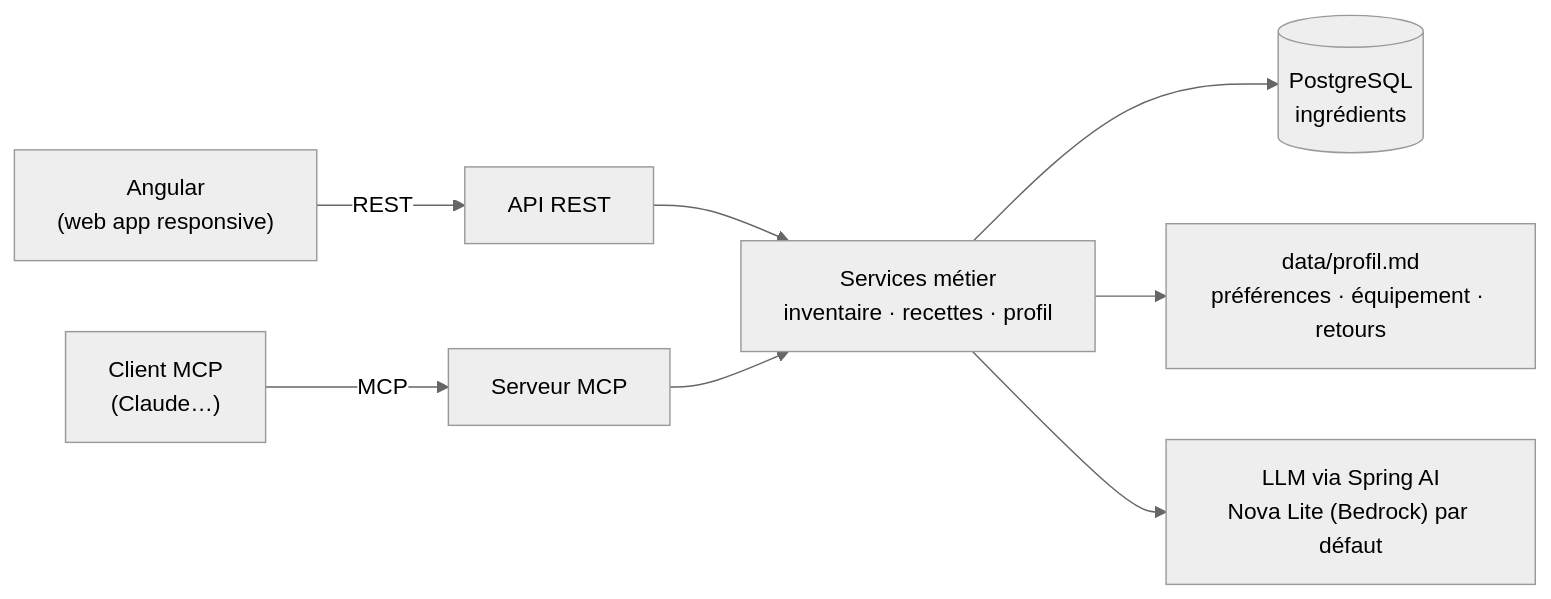
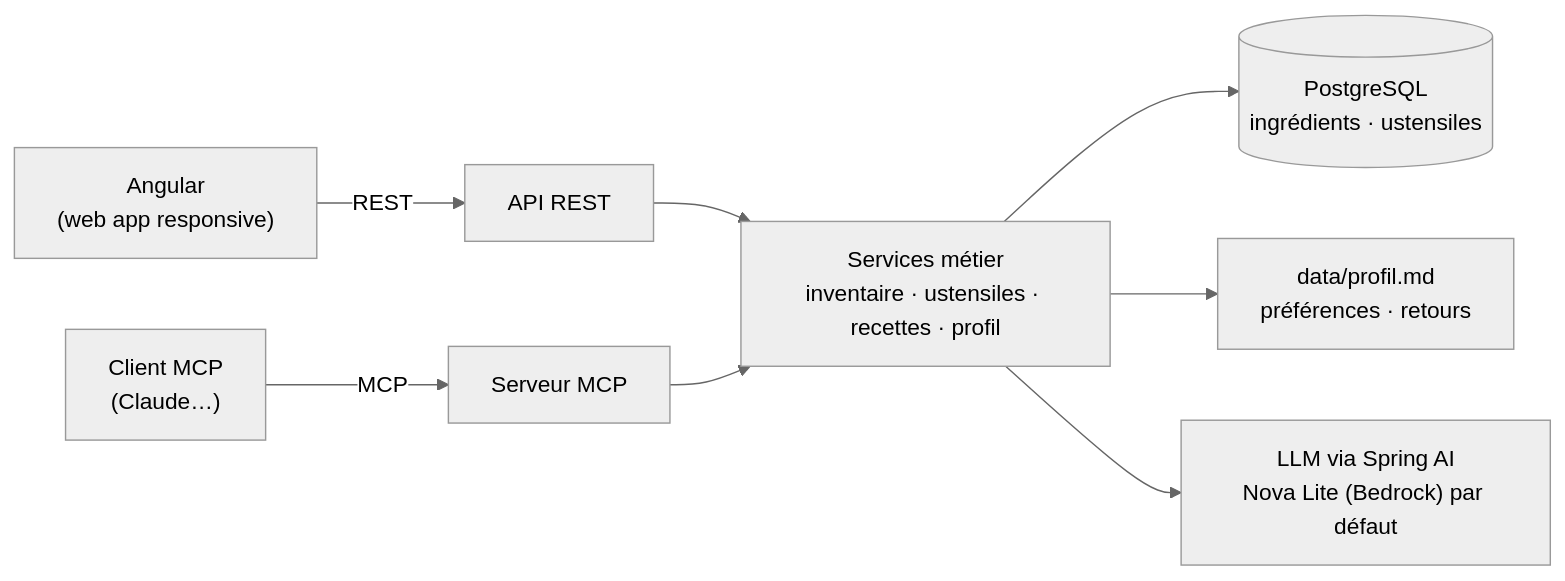
The diagram in README.md (emocio-tech/AntiGaspi), drawn with Mermaid (neutral theme) before and after one commit. The commit also changed other lines of this file and 2 other files, not shown here.

First line of the commit message:
docs: ustensiles en base et format standardisé des recettes

````diff
--- a/README.md
+++ b/README.md
@@ -121,10 +120,10 @@
 ```mermaid
 flowchart LR
     UI["Angular<br/>(web app responsive)"] -->|REST| API["API REST"]
     MCPC["Client MCP<br/>(Claude…)"] -->|MCP| MCPS["Serveur MCP"]
-    API --> SVC["Services métier<br/>inventaire · recettes · profil"]
+    API --> SVC["Services métier<br/>inventaire · ustensiles · recettes · profil"]
     MCPS --> SVC
-    SVC --> DB[("PostgreSQL<br/>ingrédients")]
-    SVC --> MD["data/profil.md<br/>préférences · équipement · retours"]
+    SVC --> DB[("PostgreSQL<br/>ingrédients · ustensiles")]
+    SVC --> MD["data/profil.md<br/>préférences · retours"]
     SVC --> LLM["LLM via Spring AI<br/>Nova Lite (Bedrock) par défaut"]
 ```
````
